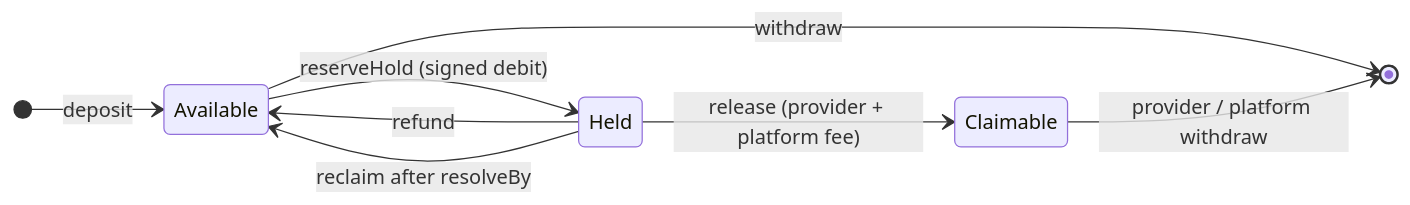
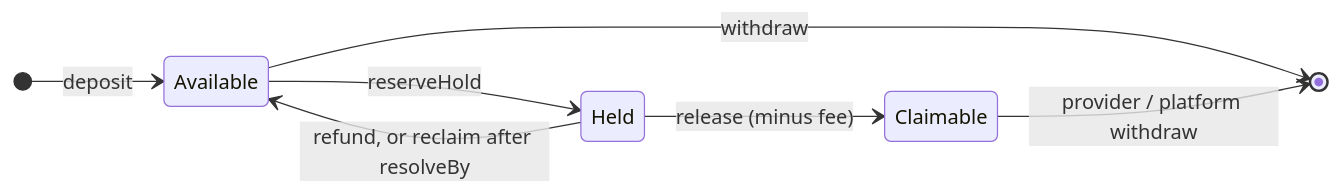
One commit to 2giosangmitom/payvoke changed the second of 2 diagrams in README.md. Above: the diagram before and after it, drawn with Mermaid. The commit also changed other lines of this file and 1 other file, not shown here.

````diff
--- a/README.md
+++ b/README.md
@@ -87,11 +40,10 @@
 ```mermaid
 stateDiagram-v2
     direction LR
     [*] --> Available: deposit
-    Available --> Held: reserveHold (signed debit)
-    Held --> Available: refund
-    Held --> Claimable: release (provider + platform fee)
-    Held --> Available: reclaim after resolveBy
+    Available --> Held: reserveHold
+    Held --> Claimable: release (minus fee)
+    Held --> Available: refund, or reclaim after resolveBy
     Available --> [*]: withdraw
     Claimable --> [*]: provider / platform withdraw
 ```
````
